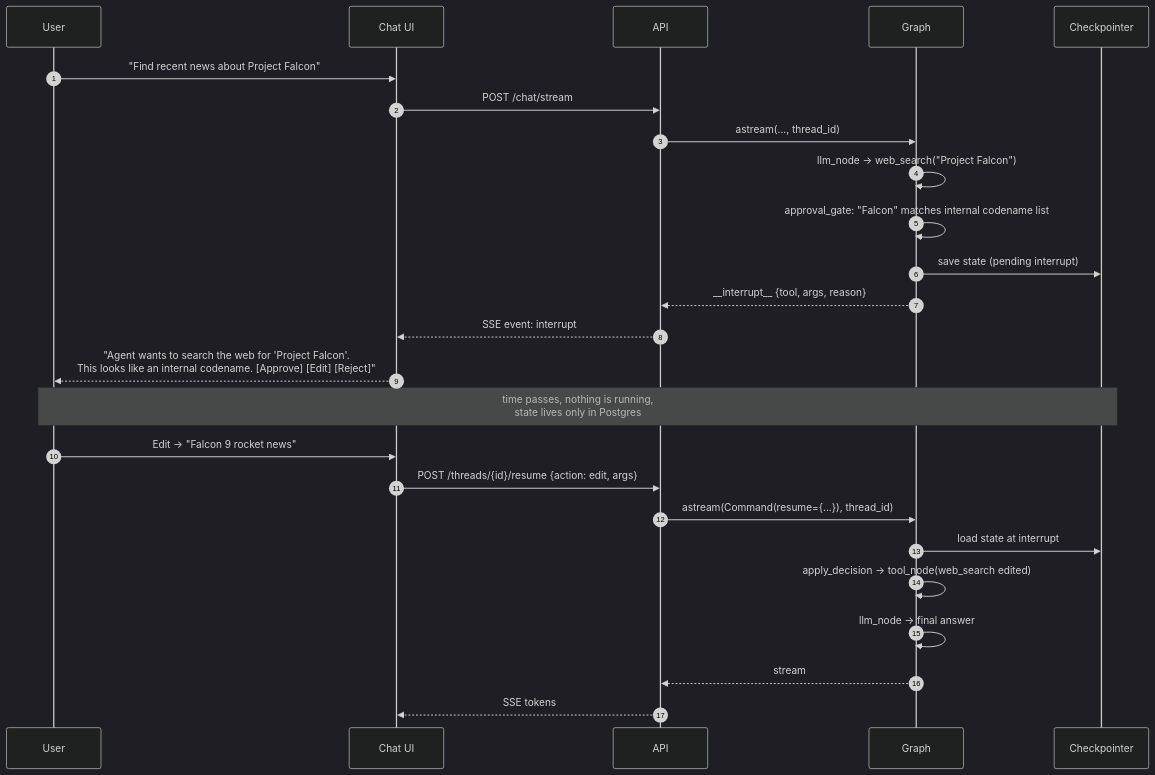
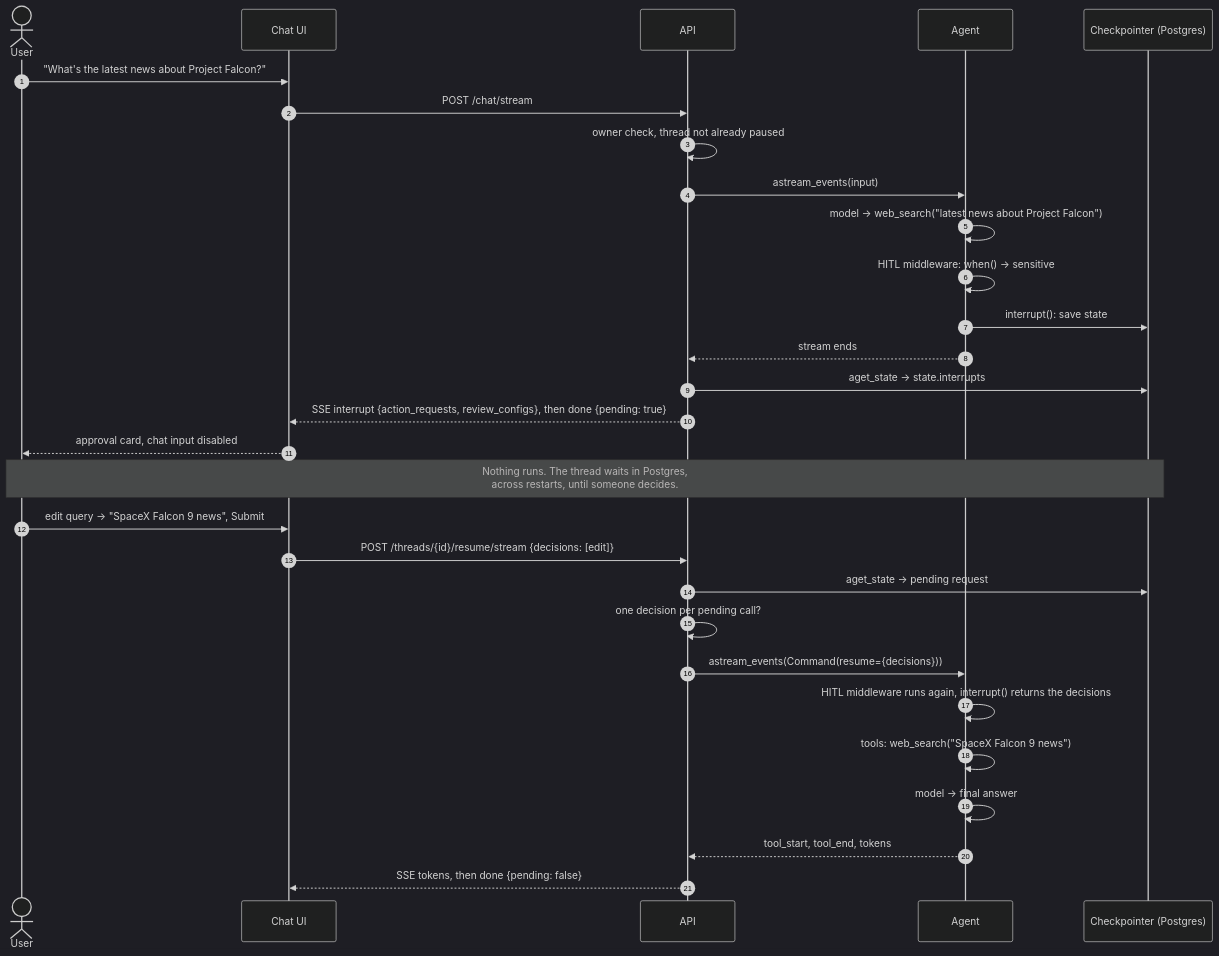
One commit to Anirudh1905/agentic-ai-chatbot changed the second of 4 diagrams in docs/phase-4-human-in-the-loop.md. Above: the diagram before and after it, drawn with Mermaid (dark theme). The commit also changed other lines of this file and 37 other files, not shown here.

````diff
--- a/docs/phase-4-human-in-the-loop.md
+++ b/docs/phase-4-human-in-the-loop.md
@@ -49,30 +95,34 @@
 ```mermaid
 sequenceDiagram
     autonumber
-    participant U as User
+    actor U as User
     participant UI as Chat UI
-    participant A as API
-    participant G as Graph
-    participant P as Checkpointer
+    participant API as API
+    participant G as Agent
+    participant CP as Checkpointer (Postgres)
 
-    U->>UI: "Find recent news about Project Falcon"
-    UI->>A: POST /chat/stream
-    A->>G: astream(..., thread_id)
-    G->>G: llm_node → web_search("Project Falcon")
-    G->>G: approval_gate: "Falcon" matches internal codename list
-    G->>P: save state (pending interrupt)
-    G-->>A: __interrupt__ {tool, args, reason}
-    A-->>UI: SSE event: interrupt
-    UI-->>U: "Agent wants to search the web for 'Project Falcon'.<br/>This looks like an internal codename. [Approve] [Edit] [Reject]"
+    U->>UI: "What's the latest news about Project Falcon?"
+    UI->>API: POST /chat/stream
+    API->>API: owner check, thread not already paused
+    API->>G: astream_events(input)
+    G->>G: model → web_search("latest news about Project Falcon")
+    G->>G: HITL middleware: when() → sensitive
+    G->>CP: interrupt(): save state
+    G-->>API: stream ends
+    API->>CP: aget_state → state.interrupts
+    API-->>UI: SSE interrupt {action_requests, review_configs}, then done {pending: true}
+    UI-->>U: approval card, chat input disabled
 
-    Note over U,P: time passes, nothing is running,<br/>state lives only in Postgres
+    Note over U,CP: Nothing runs. The thread waits in Postgres,<br/>across restarts, until someone decides.
 
-    U->>UI: Edit → "Falcon 9 rocket news"
-    UI->>A: POST /threads/{id}/resume {action: edit, args}
-    A->>G: astream(Command(resume={...}), thread_id)
-    G->>P: load state at interrupt
-    G->>G: apply_decision → tool_node(web_search edited)
-    G->>G: llm_node → final answer
-    G-->>A: stream
-    A-->>UI: SSE tokens
+    U->>UI: edit query → "SpaceX Falcon 9 news", Submit
+    UI->>API: POST /threads/{id}/resume/stream {decisions: [edit]}
+    API->>CP: aget_state → pending request
+    API->>API: one decision per pending call?
+    API->>G: astream_events(Command(resume={decisions}))
+    G->>G: HITL middleware runs again, interrupt() returns the decisions
+    G->>G: tools: web_search("SpaceX Falcon 9 news")
+    G->>G: model → final answer
+    G-->>API: tool_start, tool_end, tokens
+    API-->>UI: SSE tokens, then done {pending: false}
 ```
````
